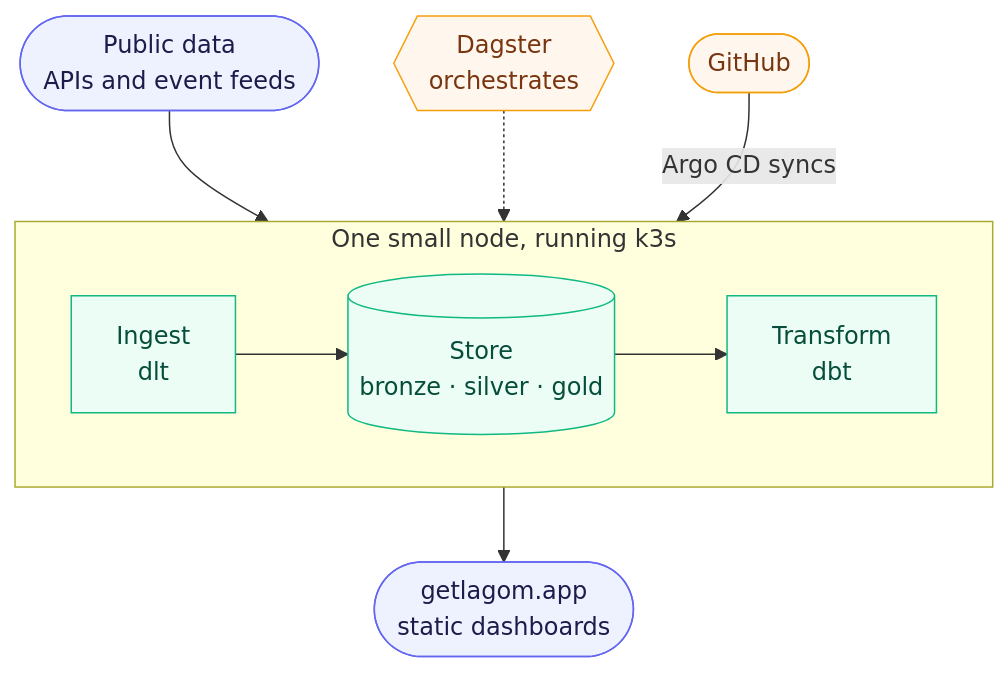
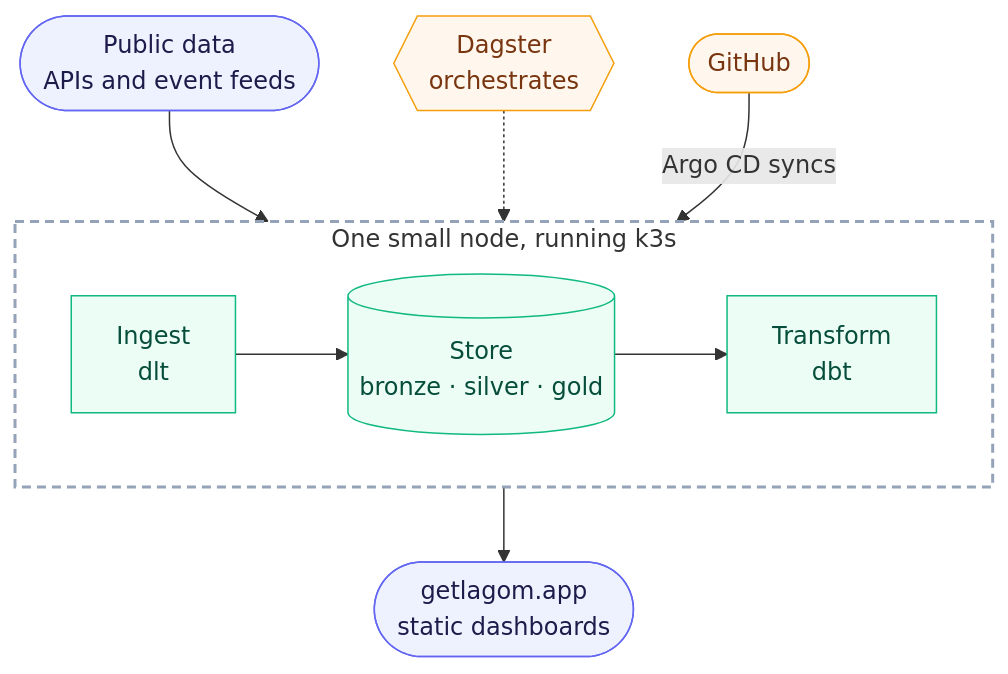
One commit to FilipeFantini/lagom-data-solutions changed the diagram in README.md. Above: the diagram before and after it, drawn with Mermaid.

Commit message:
docs(readme): lighter frame for the node in the diagram

````diff
--- a/README.md
+++ b/README.md
@@ -21,23 +21,24 @@
 ```mermaid
 flowchart TB
     src(["Public data<br/>APIs and event feeds"])
 
     subgraph node["One small node, running k3s"]
         direction LR
         ing["Ingest<br/>dlt"] --> store[("Store<br/>bronze · silver · gold")] --> dbt["Transform<br/>dbt"]
     end
 
     site(["getlagom.app<br/>static dashboards"])
 
     src --> node
     node --> site
     dag{{"Dagster<br/>orchestrates"}} -.-> node
     git(["GitHub"]) -- "Argo CD syncs" --> node
 
     classDef ext fill:#eef2ff,stroke:#6366f1,color:#1e1b4b
     classDef core fill:#ecfdf5,stroke:#10b981,color:#064e3b
     classDef side fill:#fff7ed,stroke:#f59e0b,color:#78350f
     class src,site ext
     class ing,store,dbt core
     class dag,git side
+    style node fill:transparent,stroke:#94a3b8,stroke-width:2px,stroke-dasharray:6 4
 ```
````
